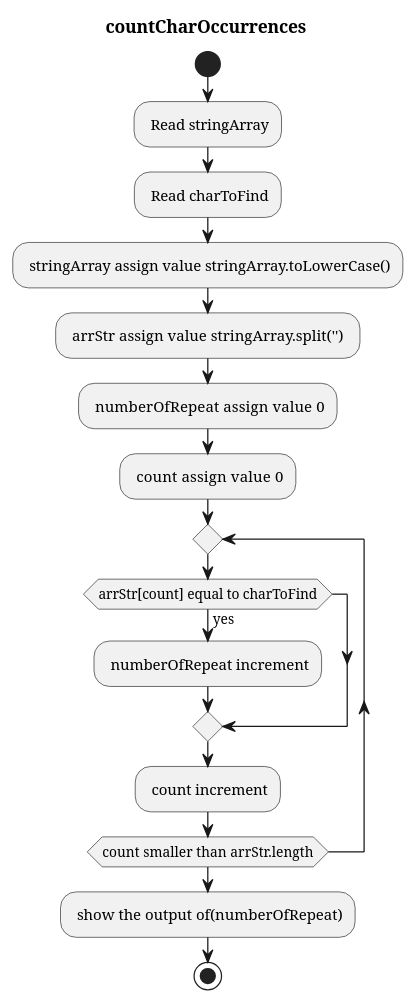
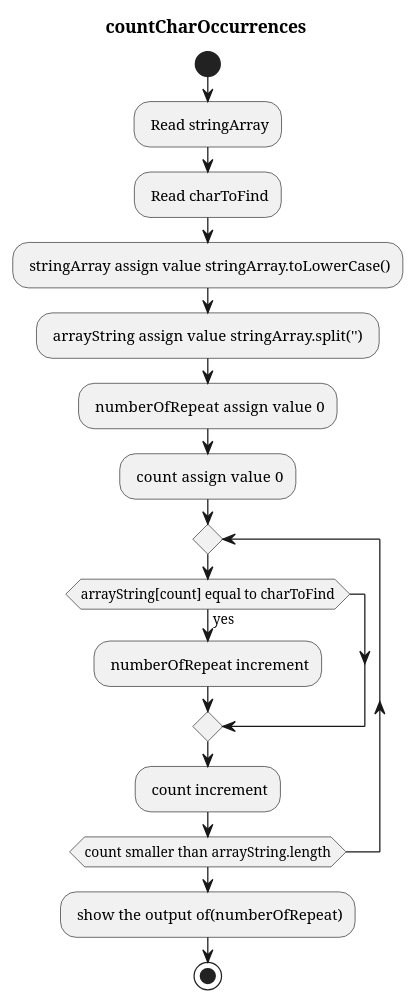
The diagram in diagram/8b.wsd (codingPhuc/B-i-t-p-nh-p-m-n-l-p-tr-nh), drawn with PlantUML before and after one commit. The commit also changed 72 other files, not shown here.

```diff
--- a/diagram/8b.wsd
+++ b/diagram/8b.wsd
@@ -1,18 +1,18 @@
 @startuml countCharOccurrences
 title countCharOccurrences
 start
 : Read stringArray;
 : Read charToFind;
 : stringArray assign value  stringArray.toLowerCase();
-: arrStr assign value   stringArray.split('') ;
+: arrayString assign value   stringArray.split('') ;
 : numberOfRepeat assign value  0;
 : count assign value  0;
 repeat 
-  if (arrStr[count] equal to  charToFind) then (yes)
+  if (arrayString[count] equal to  charToFind) then (yes)
     : numberOfRepeat increment;
   endif
   : count increment;
-repeat while (count smaller than  arrStr.length)
+repeat while (count smaller than  arrayString.length)
 : show the output of(numberOfRepeat);
 stop
 @enduml
```
